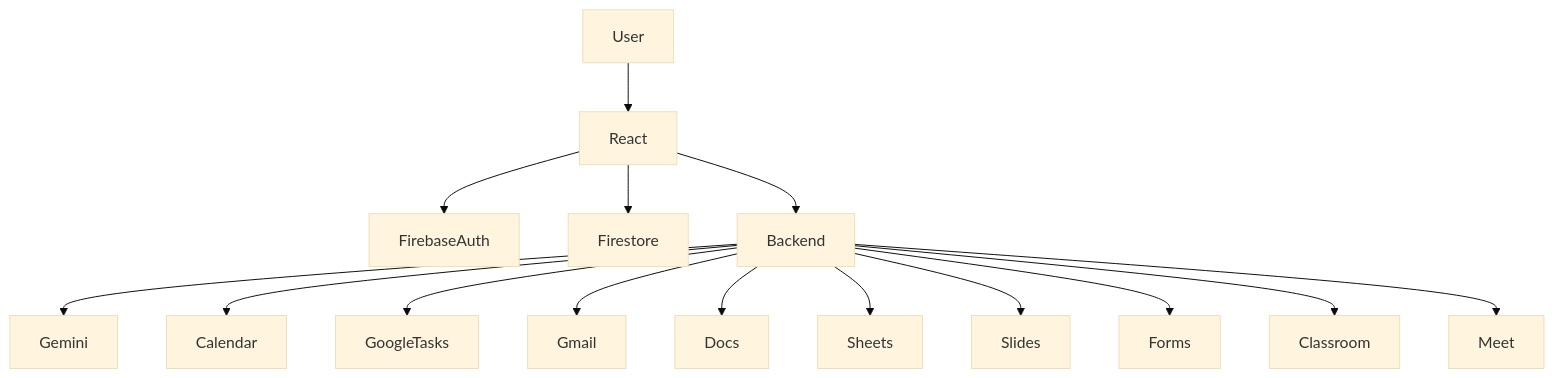
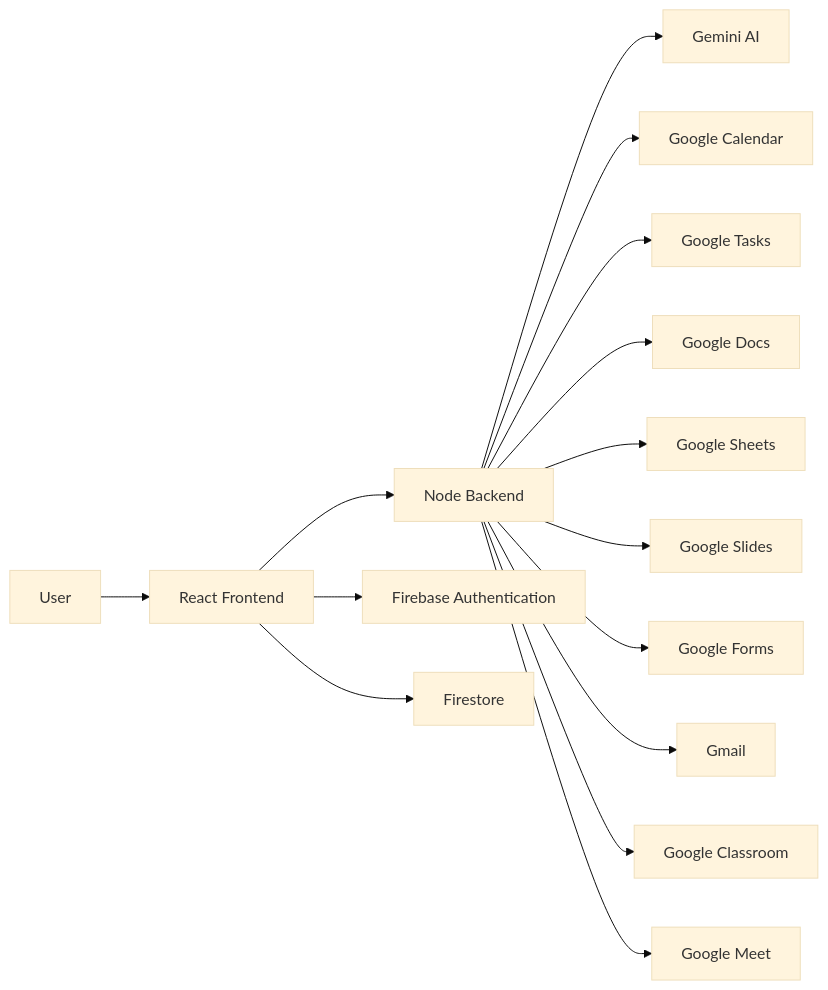
One commit to JXTDEVELOPER/Acedline-The-TaskForce changed the first of 4 diagrams in README.md. Above: the diagram before and after it, drawn with Mermaid (base theme). The commit also changed other lines of this file, not shown here.

````diff
--- a/README.md
+++ b/README.md
@@ -37,22 +44,34 @@
 ```mermaid
-graph TD
+flowchart LR
+    U[User]
+    FE[React Frontend]
+    BE[Node Backend]
+    FA[Firebase Authentication]
+    FS[Firestore]
+    GM[Gemini AI]
+    GC[Google Calendar]
+    GT[Google Tasks]
+    GD[Google Docs]
+    GS[Google Sheets]
+    GL[Google Slides]
+    GF[Google Forms]
+    GG[Gmail]
+    GCL[Google Classroom]
+    MEET[Google Meet]
 
-User --> React
+    U --> FE
+    FE --> FA
+    FE --> FS
+    FE --> BE
 
-React --> FirebaseAuth
-React --> Firestore
-
-React --> Backend
-
-Backend --> Gemini
-
-Backend --> Calendar
-Backend --> GoogleTasks
-Backend --> Gmail
-Backend --> Docs
-Backend --> Sheets
-Backend --> Slides
-Backend --> Forms
-Backend --> Classroom
-Backend --> Meet
+    BE --> GM
+    BE --> GC
+    BE --> GT
+    BE --> GD
+    BE --> GS
+    BE --> GL
+    BE --> GF
+    BE --> GG
+    BE --> GCL
+    BE --> MEET
 ```
````
